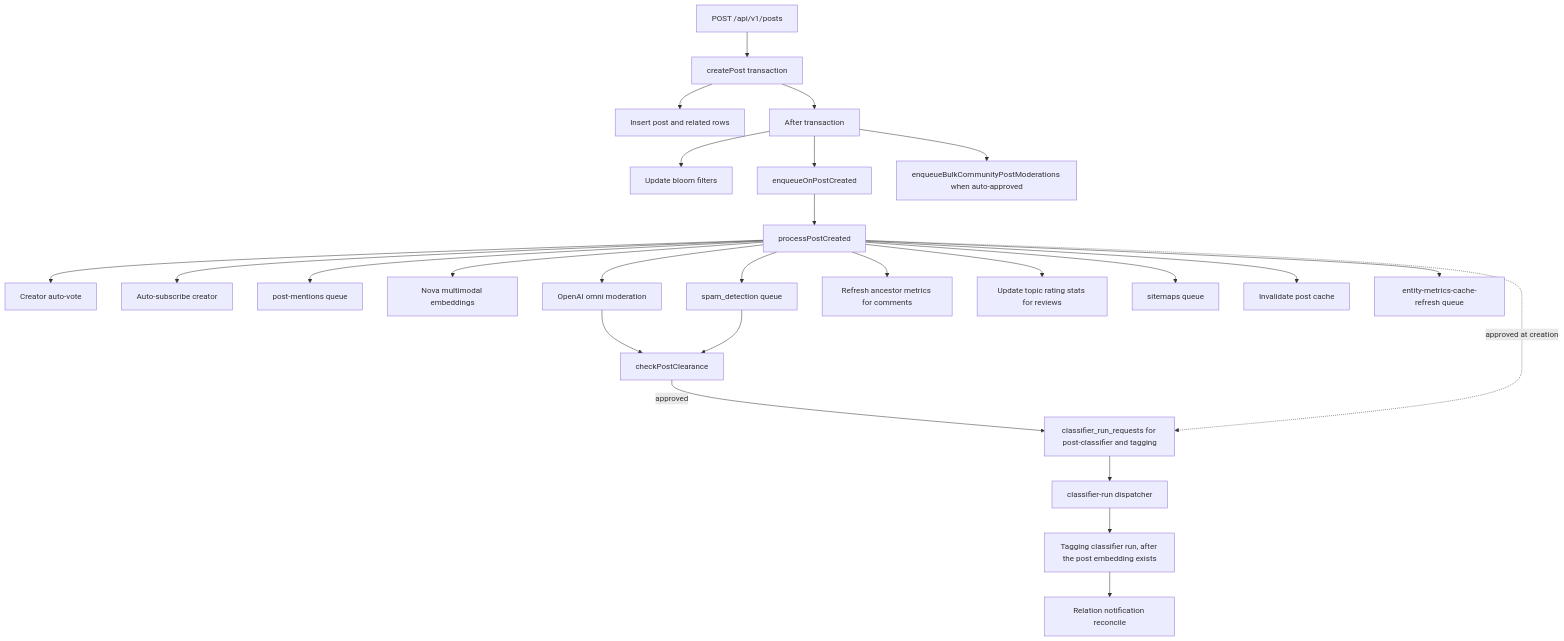
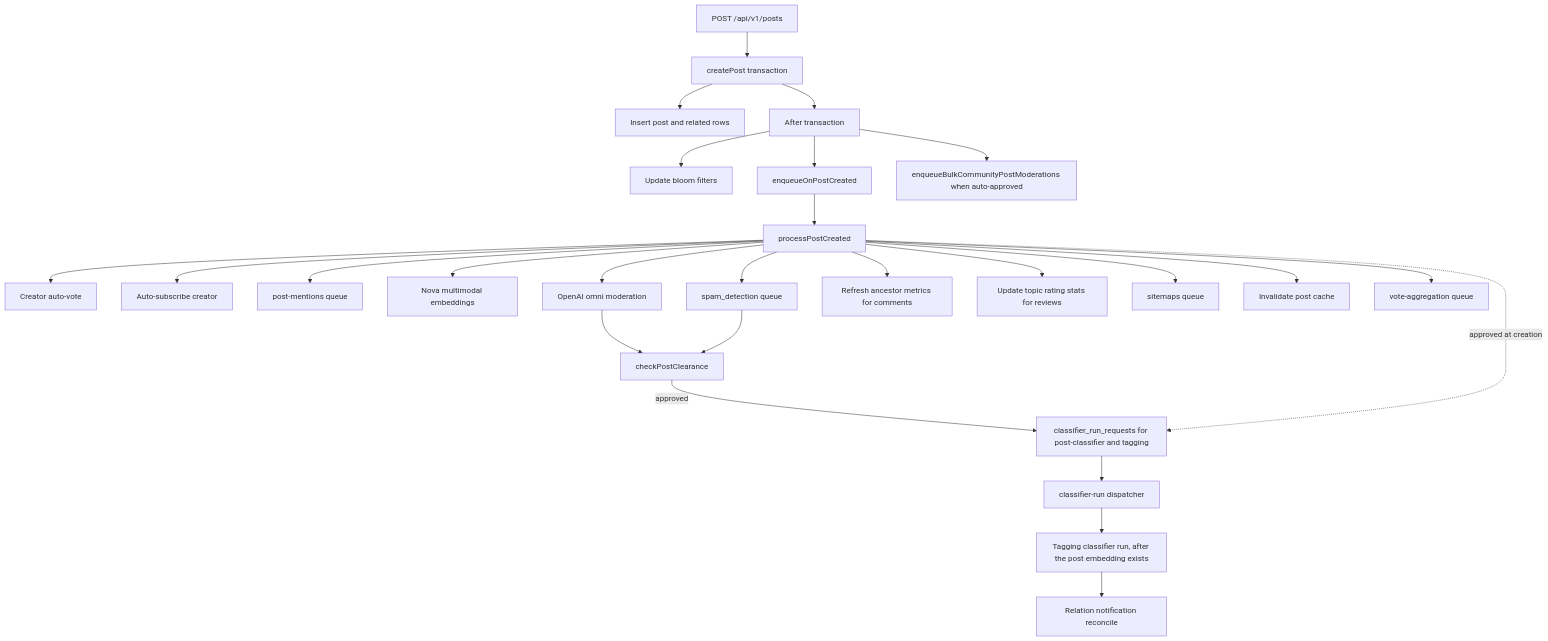
The first of 2 diagrams in docs/overview/architecture/reference-post-lifecycle-post-creation-pipeline.md (vouchington/vouchington), drawn with Mermaid before and after one commit. The commit also changed 227 other files, not shown here.

Commit message:
refactor(queue): merge vote aggregation jobs into one queue

````diff
--- a/docs/overview/architecture/reference-post-lifecycle-post-creation-pipeline.md
+++ b/docs/overview/architecture/reference-post-lifecycle-post-creation-pipeline.md
@@ -7,28 +7,28 @@
 ```mermaid
 flowchart TD
   route[POST /api/v1/posts] --> create[createPost transaction]
   create --> post[Insert post and related rows]
   create --> after[After transaction]
   after --> bloom[Update bloom filters]
   after --> created[enqueueOnPostCreated]
   after --> community[enqueueBulkCommunityPostModerations when auto-approved]
   created --> listener[processPostCreated]
   listener --> votes[Creator auto-vote]
   listener --> subscribe[Auto-subscribe creator]
   listener --> mentions[post-mentions queue]
   listener --> embeddings[Nova multimodal embeddings]
   listener --> omni[OpenAI omni moderation]
   omni --> clearance[checkPostClearance]
   clearance -->|approved| request[classifier_run_requests for post-classifier and tagging]
   listener -.->|approved at creation| request
   request --> dispatch[classifier-run dispatcher]
   dispatch --> tagging[Tagging classifier run, after the post embedding exists]
   tagging --> relationNotify[Relation notification reconcile]
   listener --> spam[spam_detection queue]
   spam --> clearance
   listener --> comments[Refresh ancestor metrics for comments]
   listener --> reviews[Update topic rating stats for reviews]
   listener --> sitemap[sitemaps queue]
   listener --> cache[Invalidate post cache]
-  listener --> metrics[entity-metrics-cache-refresh queue]
+  listener --> metrics[vote-aggregation queue]
 ```
````
